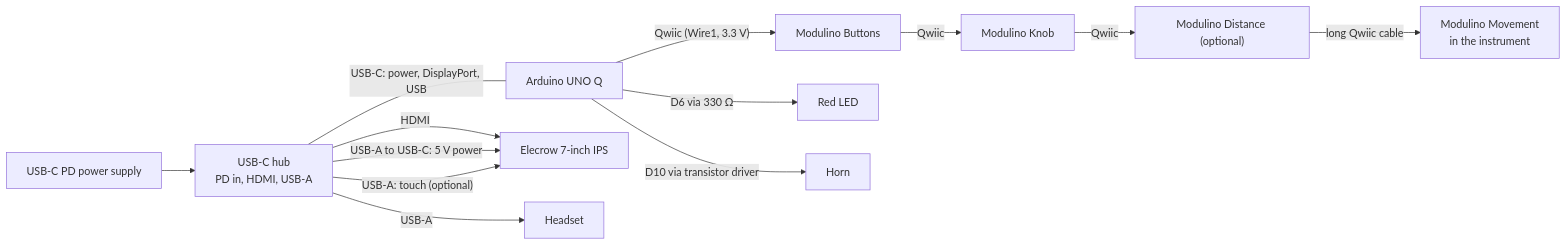
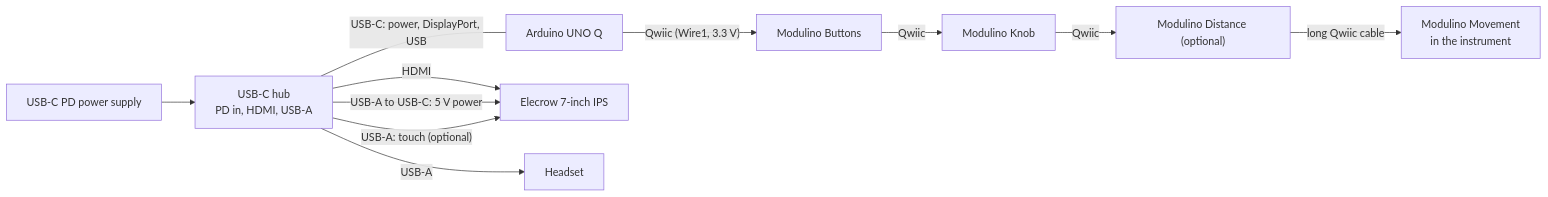
Before and after one commit to JustCodeX/steadyHands: the diagram in WIRING.md, drawn with Mermaid. The commit also changed other lines of this file and 19 other files, not shown here.

First line of the commit message:
Remove the horn and the red LED from firmware, app and docs

````diff
--- a/WIRING.md
+++ b/WIRING.md
@@ -28,15 +23,13 @@
 ```mermaid
 flowchart LR
   PSU["USB-C PD power supply"] --> HUB["USB-C hub<br/>PD in, HDMI, USB-A"]
   HUB -- "USB-C: power, DisplayPort, USB" --- Q["Arduino UNO Q"]
   HUB -- "HDMI" --> DISP["Elecrow 7-inch IPS"]
   HUB -- "USB-A to USB-C: 5 V power" --> DISP
   HUB -- "USB-A: touch (optional)" --> DISP
   HUB -- "USB-A" --> HS["Headset"]
   Q -- "Qwiic (Wire1, 3.3 V)" --> B["Modulino Buttons"]
   B -- "Qwiic" --> K["Modulino Knob"]
   K -- "Qwiic" --> DI["Modulino Distance (optional)"]
   DI -- "long Qwiic cable" --> M["Modulino Movement<br/>in the instrument"]
-  Q -- "D6 via 330 Ω" --> LED["Red LED"]
-  Q -- "D10 via transistor driver" --> HORN["Horn"]
 ```
````
